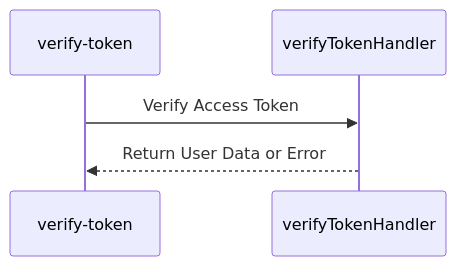
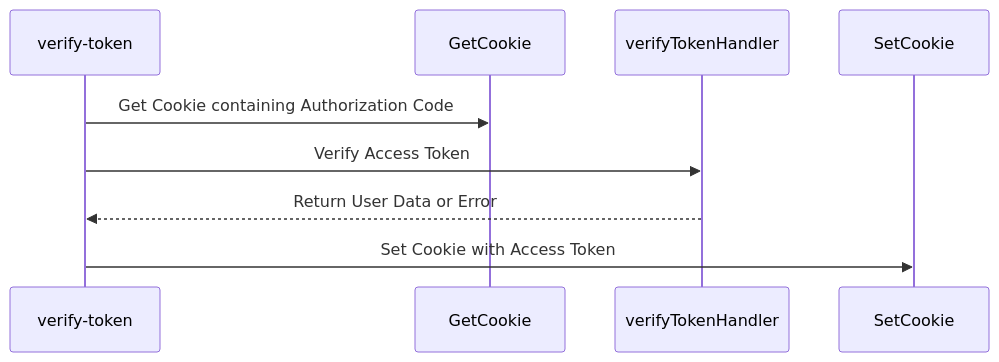
The sixth of 9 diagrams in designAuthentication.md (DannyGZhang/NFT-market-palce-system-design), drawn with Mermaid before and after one commit. The commit also changed other lines of this file, not shown here.

````diff
--- a/designAuthentication.md
+++ b/designAuthentication.md
@@ -100,5 +121,7 @@
 ```mermaid
 sequenceDiagram
+    verify-token->>GetCookie: Get Cookie containing Authorization Code
     verify-token->>verifyTokenHandler: Verify Access Token
     verifyTokenHandler-->>verify-token: Return User Data or Error
+    verify-token->>SetCookie: Set Cookie with Access Token
 ```
````
